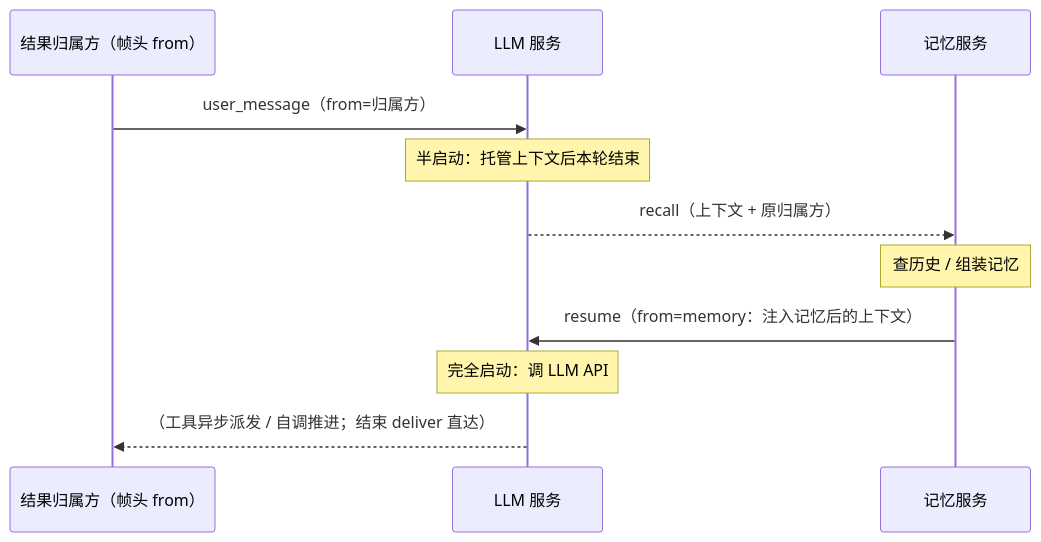
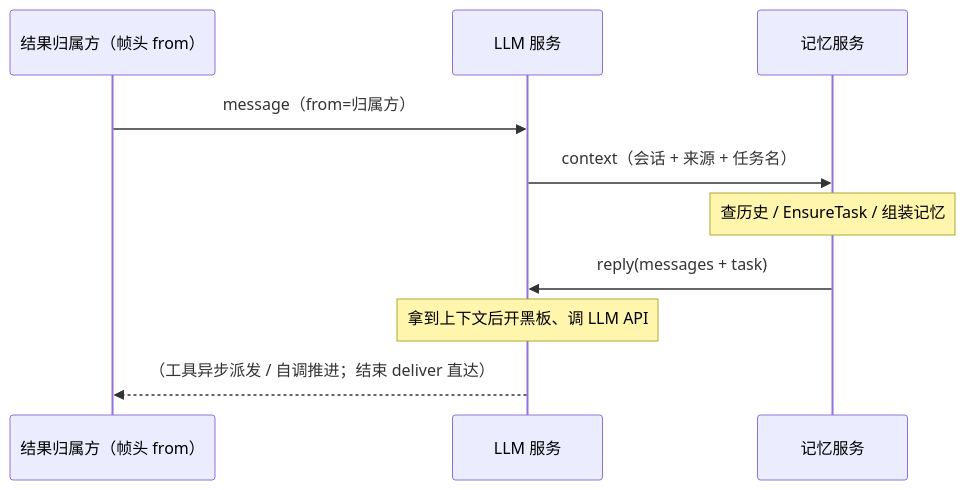
The second of 2 diagrams in docs/concepts/architecture.md (NouSart/sump), drawn with Mermaid before and after one commit. The commit also changed other lines of this file and 7 other files, not shown here.

````diff
--- a/docs/concepts/architecture.md
+++ b/docs/concepts/architecture.md
@@ -95,13 +95,12 @@
 ```mermaid
 sequenceDiagram
     participant B as 结果归属方（帧头 from）
     participant L as LLM 服务
     participant M as 记忆服务
-    B->>L: user_message（from=归属方）
-    Note over L: 半启动：托管上下文后本轮结束
-    L-->>M: recall（上下文 + 原归属方）
-    Note over M: 查历史 / 组装记忆
-    M->>L: resume（from=memory：注入记忆后的上下文）
-    Note over L: 完全启动：调 LLM API
+    B->>L: message（from=归属方）
+    L->>M: context（会话 + 来源 + 任务名）
+    Note over M: 查历史 / EnsureTask / 组装记忆
+    M->>L: reply(messages + task)
+    Note over L: 拿到上下文后开黑板、调 LLM API
     L-->>B: （工具异步派发 / 自调推进；结束 deliver 直达）
 ```
````
